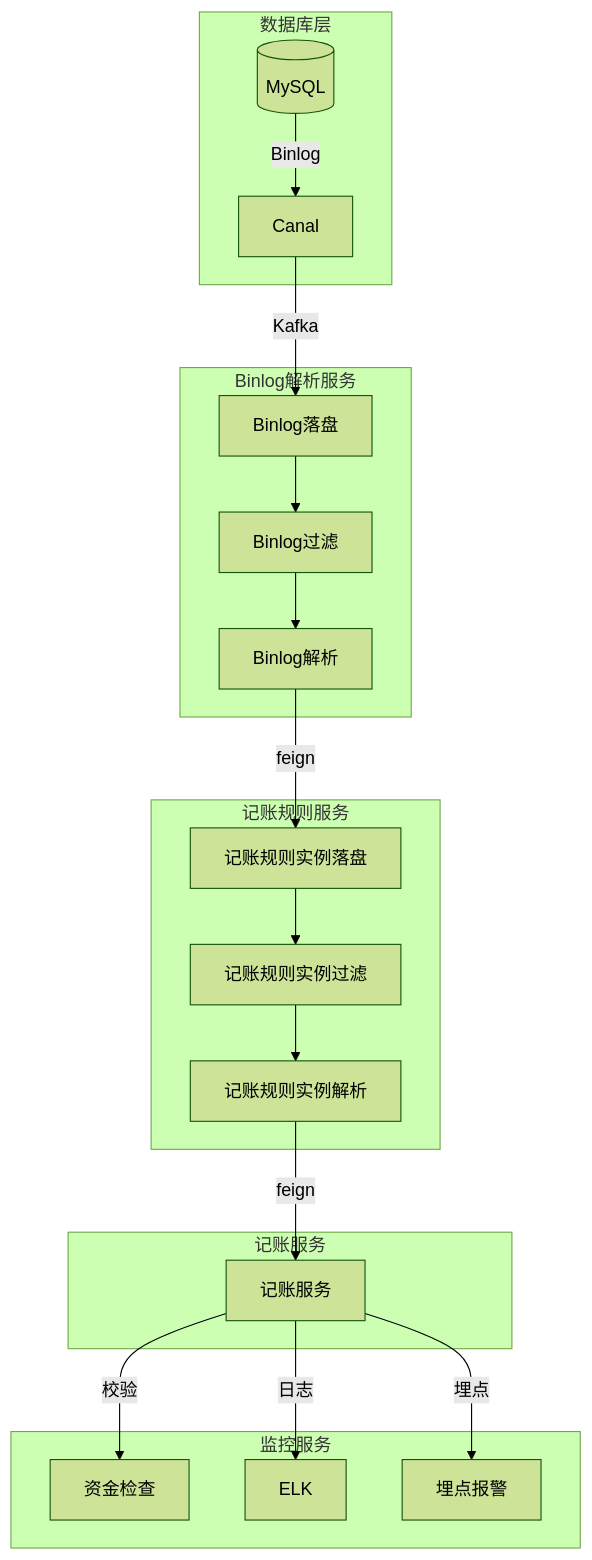
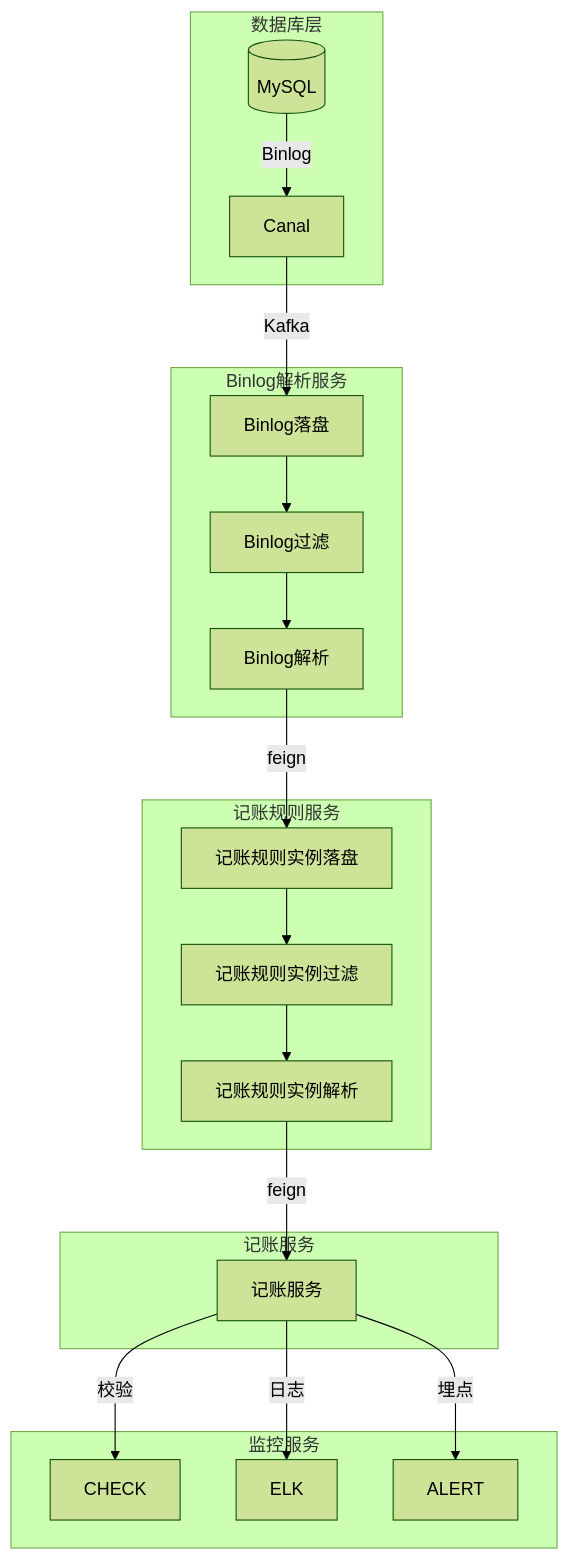
Before and after one commit to 87828943/iodraw-files: the diagram in all/记账架构图.md, drawn with Mermaid (forest theme).

Commit message:
2025-07-07 14:49:20 update

````diff
--- a/all/记账架构图.md
+++ b/all/记账架构图.md
@@ -1,24 +1,24 @@
 ```mermaid
 graph TB
     subgraph 数据库层
         DB[(MySQL)] -->|Binlog| Canal
     end
     subgraph Binlog解析服务
         Canal -->|Kafka| Binlog[Binlog落盘]
         Binlog --> Binlog1[Binlog过滤]
         Binlog1 --> Binlog2[Binlog解析]
     end
     subgraph 记账规则服务
         Binlog2 -->|feign| AccountingRule[记账规则实例落盘]
         AccountingRule --> AccountingRule1[记账规则实例过滤]
         AccountingRule1 --> AccountingRule2[记账规则实例解析] 
     end
     subgraph 记账服务
        AccountingRule2 -->|feign| Accounting[记账服务]
     end
     subgraph 监控服务
-        Accounting --> |校验| 资金检查
+        Accounting --> |校验| CHECK
         Accounting -->|日志| ELK
-        Accounting -->|埋点| 埋点报警
+        Accounting -->|埋点| ALERT
     end
 ```
````
